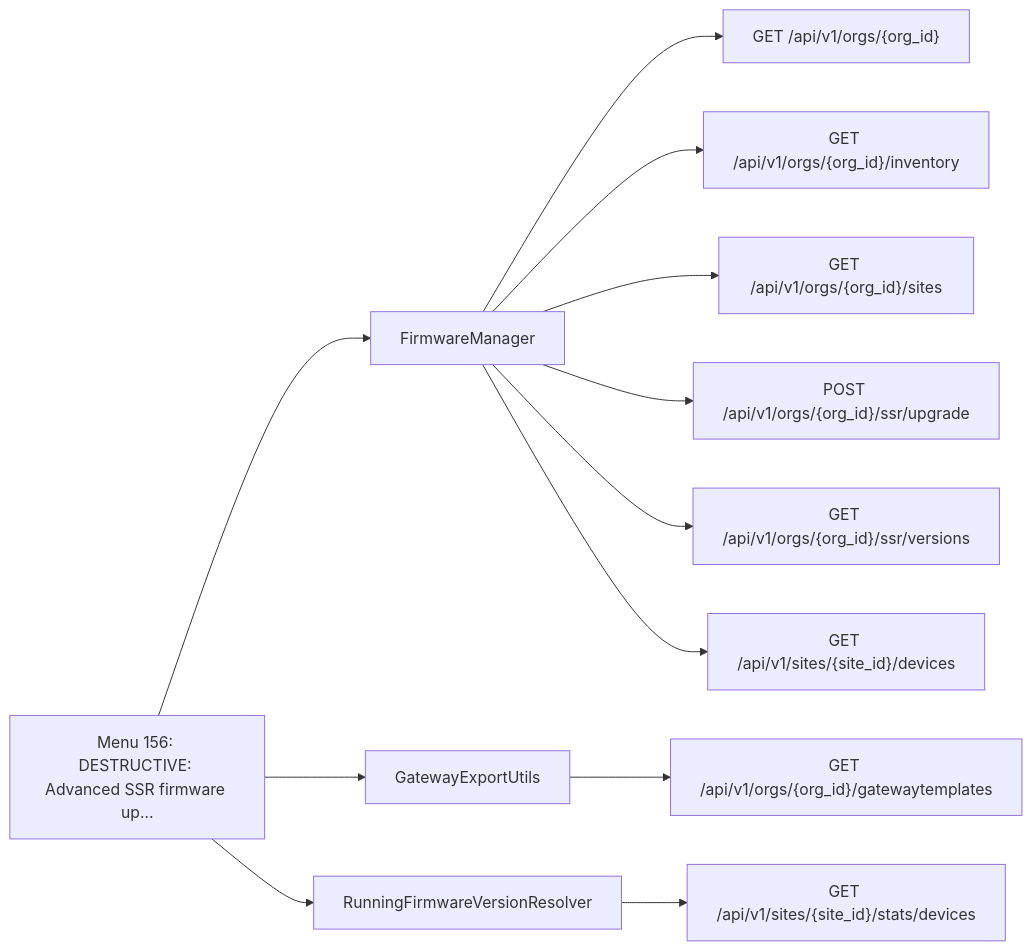
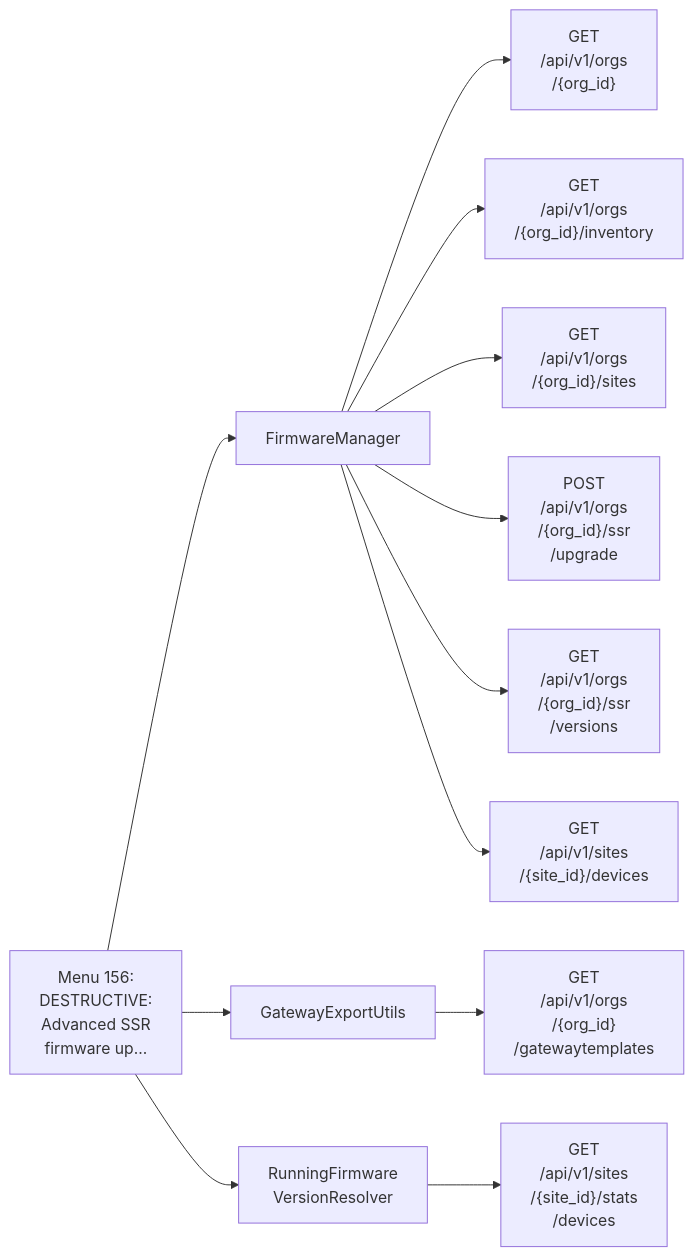
Before and after one commit to jmorrison-juniper/MistHelper: the fourth of 27 diagrams in documentation/menu-api/destructive.md, drawn with Mermaid. The commit also changed other lines of this file and 19 other files, not shown here.

First line of the commit message:
docs(menu-api): fit the Mermaid diagrams to the wiki column (#3463)

````diff
--- a/documentation/menu-api/destructive.md
+++ b/documentation/menu-api/destructive.md
@@ -324,15 +123,15 @@
 ```mermaid
 flowchart LR
-    menu["Menu 156: DESTRUCTIVE: Advanced SSR firmware up..."]
+    menu["Menu 156:<br/>DESTRUCTIVE:<br/>Advanced SSR<br/>firmware up..."]
     menu --> c1["FirmwareManager"]
-    c1 --> e1["GET /api/v1/orgs/{org_id}"]
-    c1 --> e2["GET /api/v1/orgs/{org_id}/inventory"]
-    c1 --> e3["GET /api/v1/orgs/{org_id}/sites"]
-    c1 --> e4["POST /api/v1/orgs/{org_id}/ssr/upgrade"]
-    c1 --> e5["GET /api/v1/orgs/{org_id}/ssr/versions"]
-    c1 --> e6["GET /api/v1/sites/{site_id}/devices"]
+    c1 --> e1["GET<br/>/api/v1/orgs<br/>/{org_id}"]
+    c1 --> e2["GET<br/>/api/v1/orgs<br/>/{org_id}/inventory"]
+    c1 --> e3["GET<br/>/api/v1/orgs<br/>/{org_id}/sites"]
+    c1 --> e4["POST<br/>/api/v1/orgs<br/>/{org_id}/ssr<br/>/upgrade"]
+    c1 --> e5["GET<br/>/api/v1/orgs<br/>/{org_id}/ssr<br/>/versions"]
+    c1 --> e6["GET<br/>/api/v1/sites<br/>/{site_id}/devices"]
     menu --> c2["GatewayExportUtils"]
-    c2 --> e7["GET /api/v1/orgs/{org_id}/gatewaytemplates"]
-    menu --> c3["RunningFirmwareVersionResolver"]
-    c3 --> e8["GET /api/v1/sites/{site_id}/stats/devices"]
+    c2 --> e7["GET<br/>/api/v1/orgs<br/>/{org_id}<br/>/gatewaytemplates"]
+    menu --> c3["RunningFirmware<br/>VersionResolver"]
+    c3 --> e8["GET<br/>/api/v1/sites<br/>/{site_id}/stats<br/>/devices"]
 ```
````
